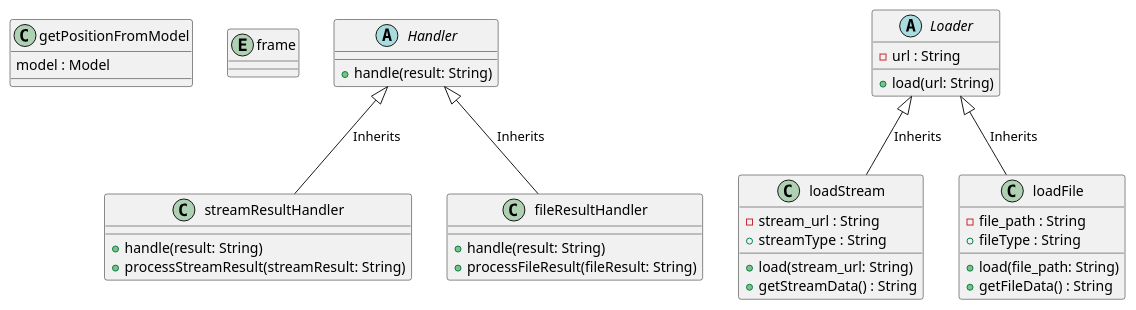
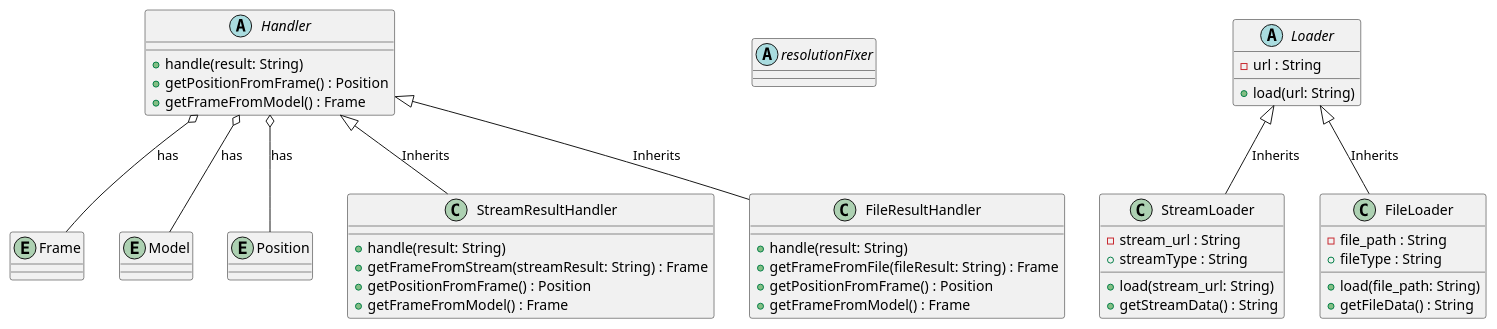
One commit to pinyinjj/TrackZoom changed the diagram in main_structure.plantuml. Above: the diagram before and after it, drawn with PlantUML. The commit also changed 2 other files, not shown here.

```diff
--- a/main_structure.plantuml
+++ b/main_structure.plantuml
@@ -1,46 +1,61 @@
 @startuml main_structure
-class getPositionFromModel {
-    model : Model
-}
-entity frame
+
+entity Frame
+entity Model
+entity Position
+
+
+Handler o-- Frame : has
+Handler o-- Model : has
+Handler o-- Position : has
 
 abstract class Handler {
     + handle(result: String)
+    + getPositionFromFrame() : Position
+    + getFrameFromModel() : Frame
 }
 
-class streamResultHandler {
-    + handle(result: String)
-    + processStreamResult(streamResult: String)
+abstract class resolutionFixer {
+
 }
 
-class fileResultHandler {
+class StreamResultHandler {
     + handle(result: String)
-    + processFileResult(fileResult: String)
+    + getFrameFromStream(streamResult: String) : Frame
+    + getPositionFromFrame() : Position
+    + getFrameFromModel() : Frame
+}
+
+class FileResultHandler {
+    + handle(result: String)
+    + getFrameFromFile(fileResult: String) : Frame
+    + getPositionFromFrame() : Position
+    + getFrameFromModel() : Frame
 }
 
 abstract class Loader {
     - url : String
     + load(url: String)
 }
 
-class loadStream {
+class StreamLoader {
     - stream_url : String
     + load(stream_url: String)
     + getStreamData() : String
     + streamType : String
 }
 
-class loadFile {
+class FileLoader {
     - file_path : String
     + load(file_path: String)
     + getFileData() : String
     + fileType : String
 }
 
-Loader <|-- loadFile : Inherits
-Loader <|-- loadStream : Inherits
+Loader <|-- FileLoader : Inherits
+Loader <|-- StreamLoader : Inherits
 
-Handler <|-- streamResultHandler : Inherits
-Handler <|-- fileResultHandler : Inherits
+Handler <|-- StreamResultHandler : Inherits
+Handler <|-- FileResultHandler : Inherits
 
 @enduml
```
